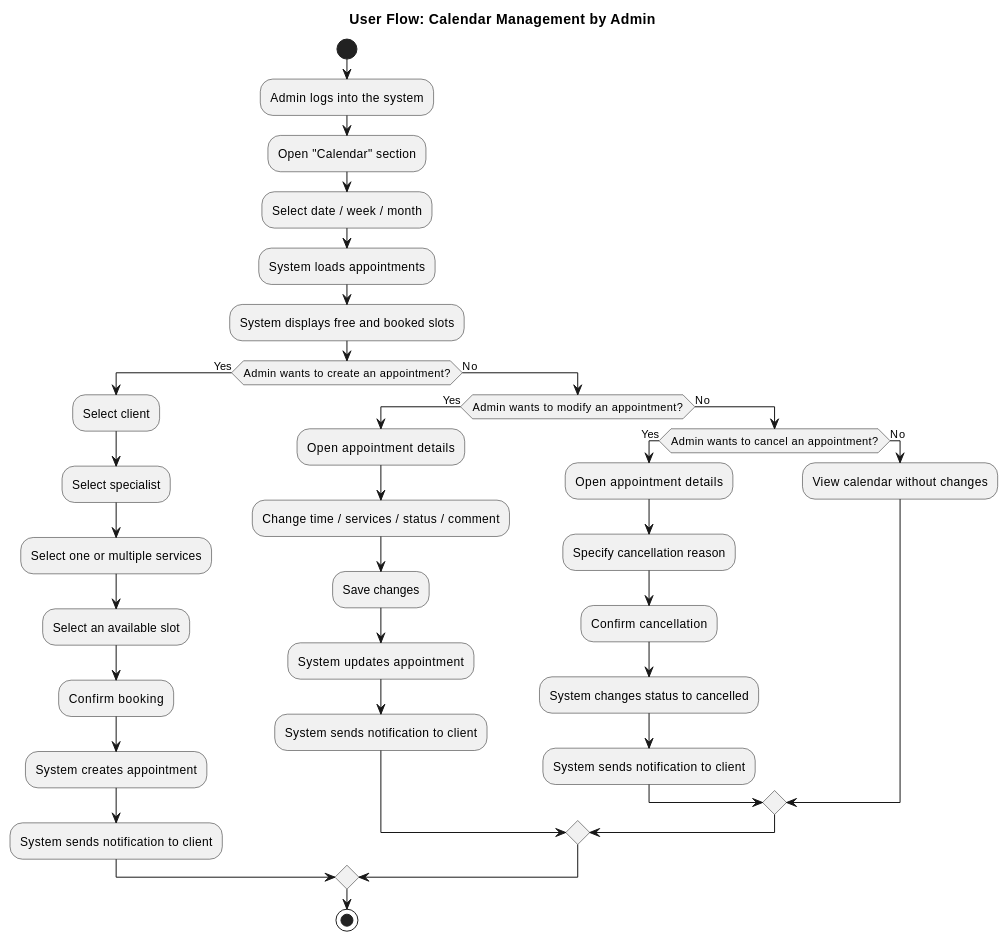
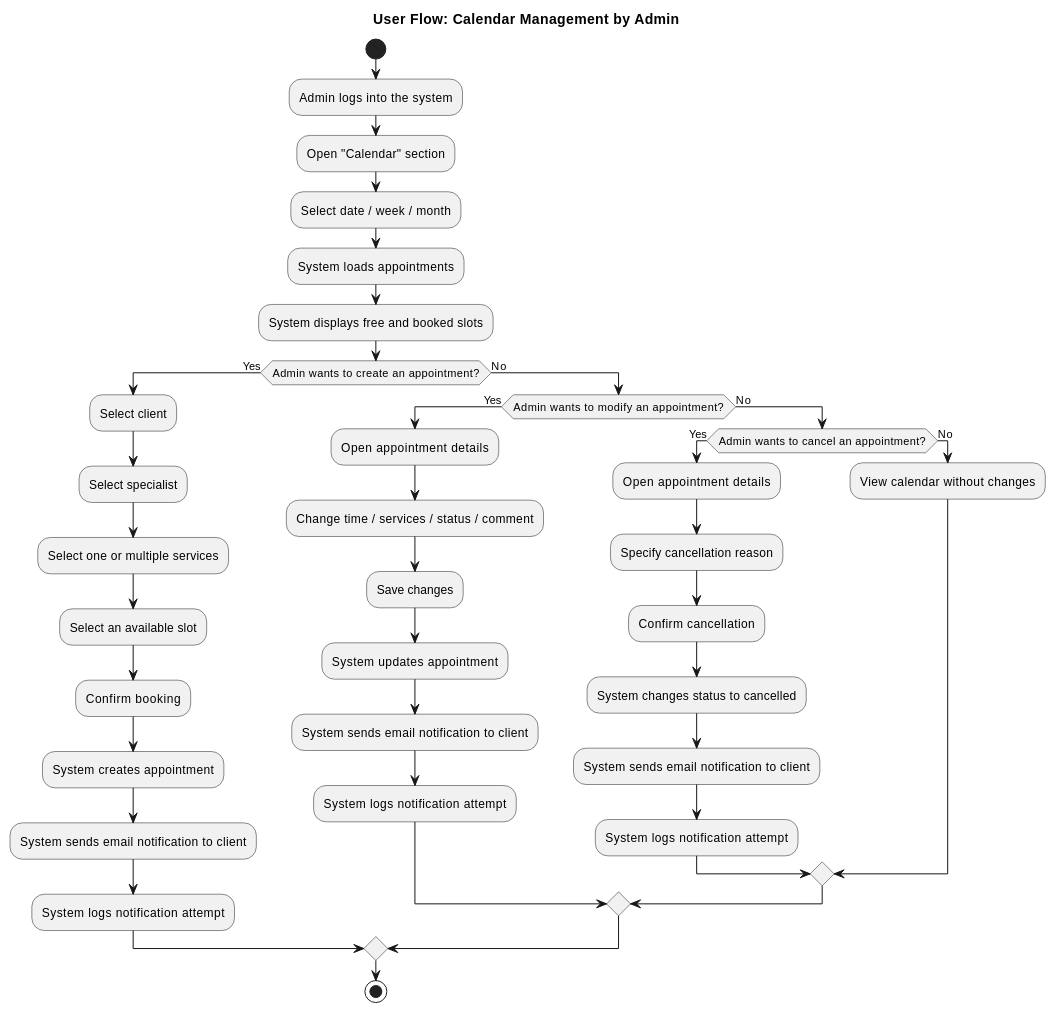
Before and after one commit to setbs/salon-crm: the diagram in docs/Calendar-managment_admin.md, drawn with PlantUML. The commit also changed 26 other files, not shown here.

```diff
--- a/docs/Calendar-managment_admin.md
+++ b/docs/Calendar-managment_admin.md
@@ -1,44 +1,47 @@
 @startuml
 title User Flow: Calendar Management by Admin
 
 start
 
 :Admin logs into the system;
 :Open "Calendar" section;
 
 :Select date / week / month;
 :System loads appointments;
 :System displays free and booked slots;
 
 if (Admin wants to create an appointment?) then (Yes)
   :Select client;
   :Select specialist;
   :Select one or multiple services;
   :Select an available slot;
   :Confirm booking;
   :System creates appointment;
-  :System sends notification to client;
+  :System sends email notification to client;
+  :System logs notification attempt;
 
 else (No)
   if (Admin wants to modify an appointment?) then (Yes)
     :Open appointment details;
     :Change time / services / status / comment;
     :Save changes;
     :System updates appointment;
-    :System sends notification to client;
+    :System sends email notification to client;
+    :System logs notification attempt;
 
   else (No)
     if (Admin wants to cancel an appointment?) then (Yes)
       :Open appointment details;
       :Specify cancellation reason;
       :Confirm cancellation;
       :System changes status to cancelled;
-      :System sends notification to client;
+      :System sends email notification to client;
+      :System logs notification attempt;
     else (No)
       :View calendar without changes;
     endif
   endif
 endif
 
 stop
 @enduml
```
